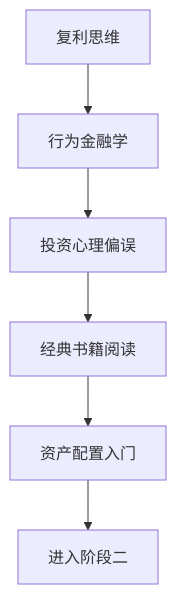
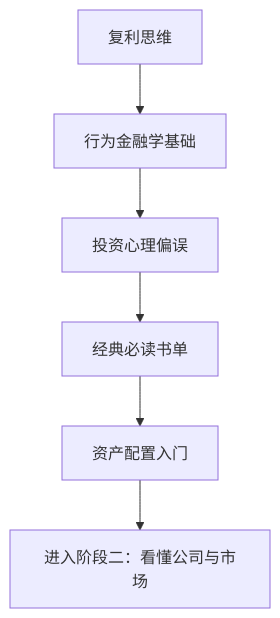
Before and after one commit to Cthaat/Obsidian: the diagram in quant-wiki-notes/入门教程/阶段一-投资世界观/目录.md, drawn with Mermaid. The commit also changed other lines of this file and 12 other files, not shown here.

````diff
--- a/quant-wiki-notes/入门教程/阶段一-投资世界观/目录.md
+++ b/quant-wiki-notes/入门教程/阶段一-投资世界观/目录.md
@@ -20,8 +32,8 @@
 ```mermaid
 graph TD
-    A[复利思维] --> B[行为金融学]
+    A[复利思维] --> B[行为金融学基础]
     B --> C[投资心理偏误]
-    C --> D[经典书籍阅读]
+    C --> D[经典必读书单]
     D --> E[资产配置入门]
-    E --> F[进入阶段二]
+    E --> F[进入阶段二：看懂公司与市场]
 ```
````
